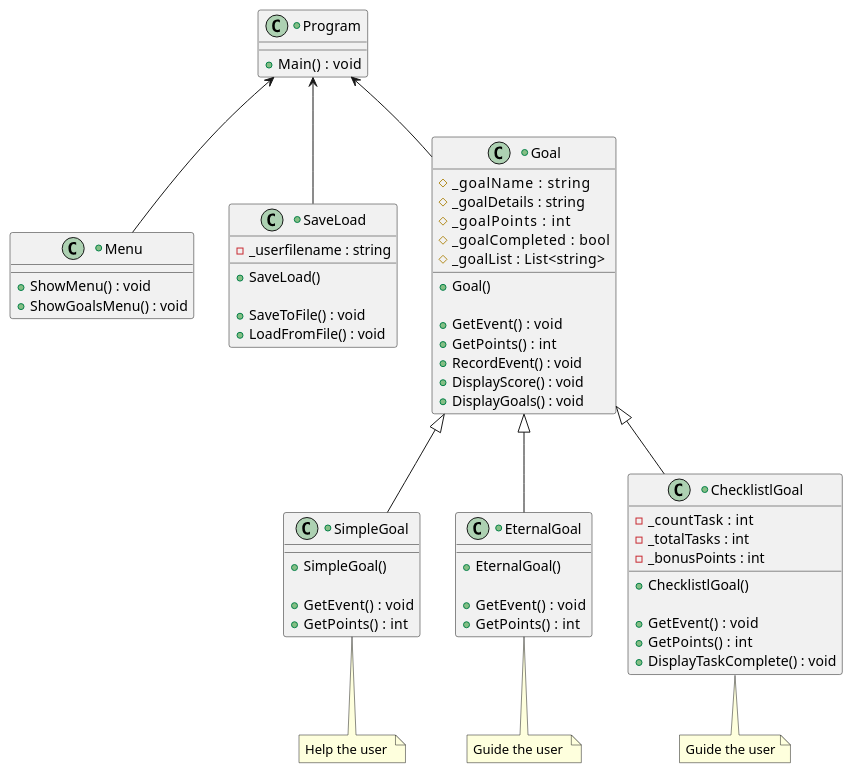
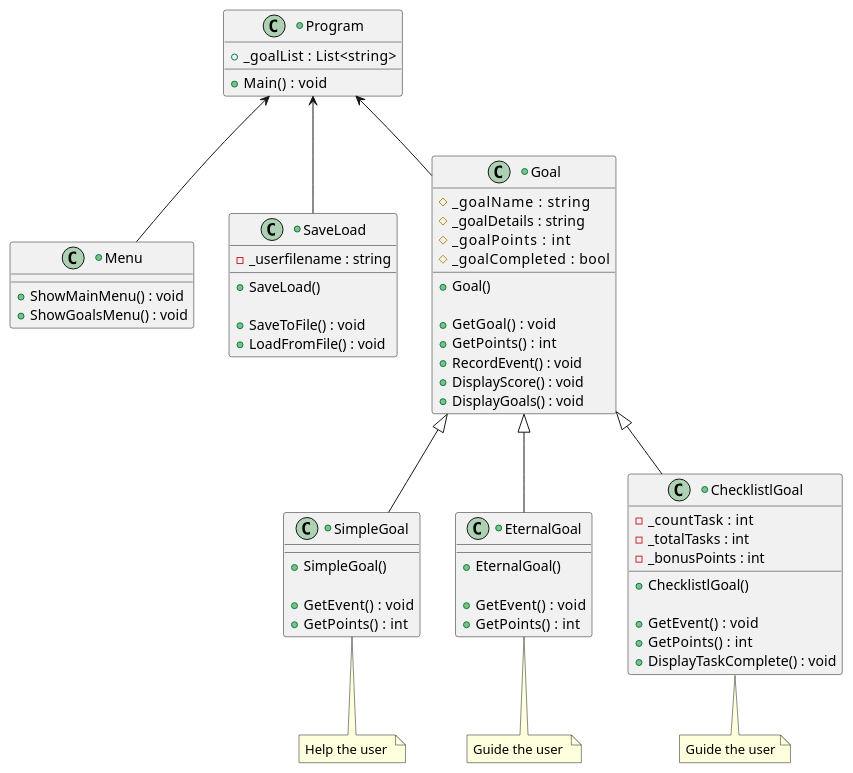
The diagram in prove/Develop05/Diagram.plantuml (moiseshn/cse210), drawn with PlantUML before and after one commit. The commit also changed 10 other files, not shown here.

```diff
--- a/prove/Develop05/Diagram.plantuml
+++ b/prove/Develop05/Diagram.plantuml
@@ -1,90 +1,91 @@
 @startuml Eternal Quest
 
 +class Program {
   + Main()  : void
+  + _goalList   : List<string>
+
 }
 +class Menu {
-  + ShowMenu() : void
+  + ShowMainMenu() : void
   + ShowGoalsMenu() : void
 }
 +class SaveLoad {
   - _userfilename : string
   + SaveLoad()
 
   + SaveToFile() : void
   + LoadFromFile() : void
 }
 +class Goal {
 ' Attributes
   # _goalName     : string
   # _goalDetails  : string
   # _goalPoints     : int
   # _goalCompleted    : bool
-  # _goalList   : List<string>
 
 ' Constructors
   + Goal()
   
 ' Behaviors
-  + GetEvent()  : void
+  + GetGoal()  : void
   + GetPoints()  : int
   + RecordEvent() : void
   + DisplayScore() : void
   + DisplayGoals() : void
 }
 
 +class SimpleGoal {
 ' Attributes
 
 
 ' Constructors
   + SimpleGoal()
 
 ' Behaviors
   + GetEvent()  : void
   + GetPoints()  : int
 }
 note bottom of SimpleGoal
   Help the user 
 end note
 
 +class EternalGoal {
 ' Attributes
 
 ' Constructors
   + EternalGoal()
 
 ' Behaviors
   + GetEvent()  : void
   + GetPoints()  : int
 }
 note bottom of EternalGoal
   Guide the user 
 end note
 
 +class ChecklistlGoal {
 ' Attributes
   - _countTask  : int
   - _totalTasks : int
   - _bonusPoints : int
 
 ' Constructors
   + ChecklistlGoal()
 
 ' Behaviors
   + GetEvent()  : void
   + GetPoints()  : int
   + DisplayTaskComplete() : void
 }
 note bottom of ChecklistlGoal
   Guide the user
 end note
 
 Program <-- Menu
 Program <-- SaveLoad
 Program <-- Goal
 Goal <|-- SimpleGoal
 Goal <|-- EternalGoal
 Goal <|-- ChecklistlGoal
 
 @enduml
```
